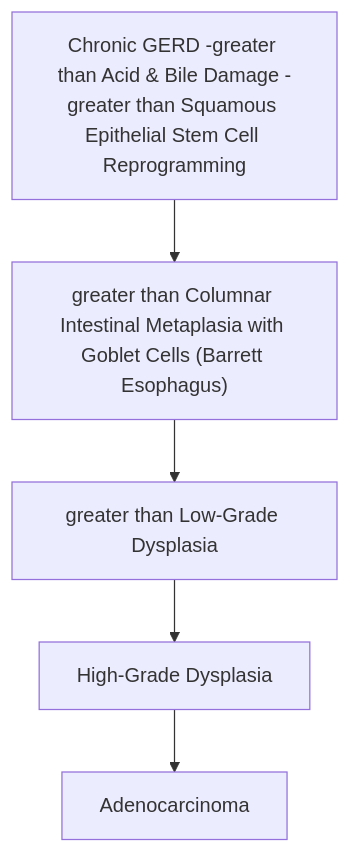
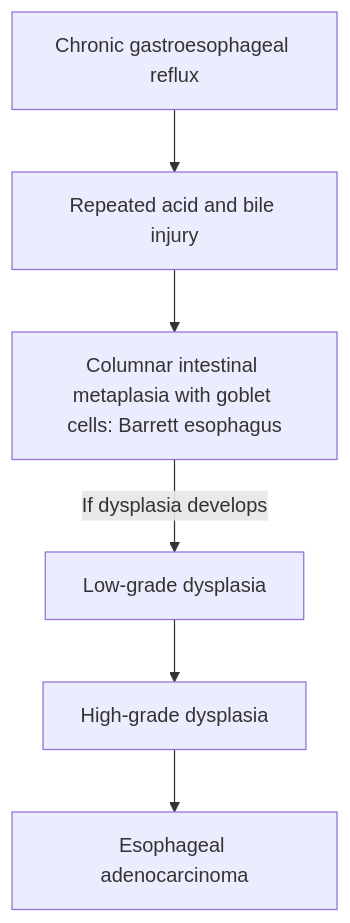
The third of 3 diagrams in Canonical notes/GIT/GIT_Chapter_09_Pathology_Esophagus.md (kartikswami768/neet-pg), drawn with Mermaid before and after one commit. The commit also changed other lines of this file and 27 other files, not shown here.

````diff
--- a/Canonical notes/GIT/GIT_Chapter_09_Pathology_Esophagus.md
+++ b/Canonical notes/GIT/GIT_Chapter_09_Pathology_Esophagus.md
@@ -186,8 +195,8 @@
 ```mermaid
 flowchart TD
-  A["Chronic GERD -greater than Acid & Bile Damage -greater than Squamous Epithelial Stem Cell Reprogramming"]
-  A --> N1["greater than Columnar Intestinal Metaplasia with Goblet Cells (Barrett Esophagus)"]
-  N1 --> N2["greater than Low-Grade Dysplasia"]
-  N2 --> N3["High-Grade Dysplasia"]
-  N3 --> N4["Adenocarcinoma"]
+    A["Chronic gastroesophageal reflux"] --> B["Repeated acid and bile injury"]
+    B --> C["Columnar intestinal metaplasia with goblet cells: Barrett esophagus"]
+    C -->|"If dysplasia develops"| D["Low-grade dysplasia"]
+    D --> E["High-grade dysplasia"]
+    E --> F["Esophageal adenocarcinoma"]
 ```
````
